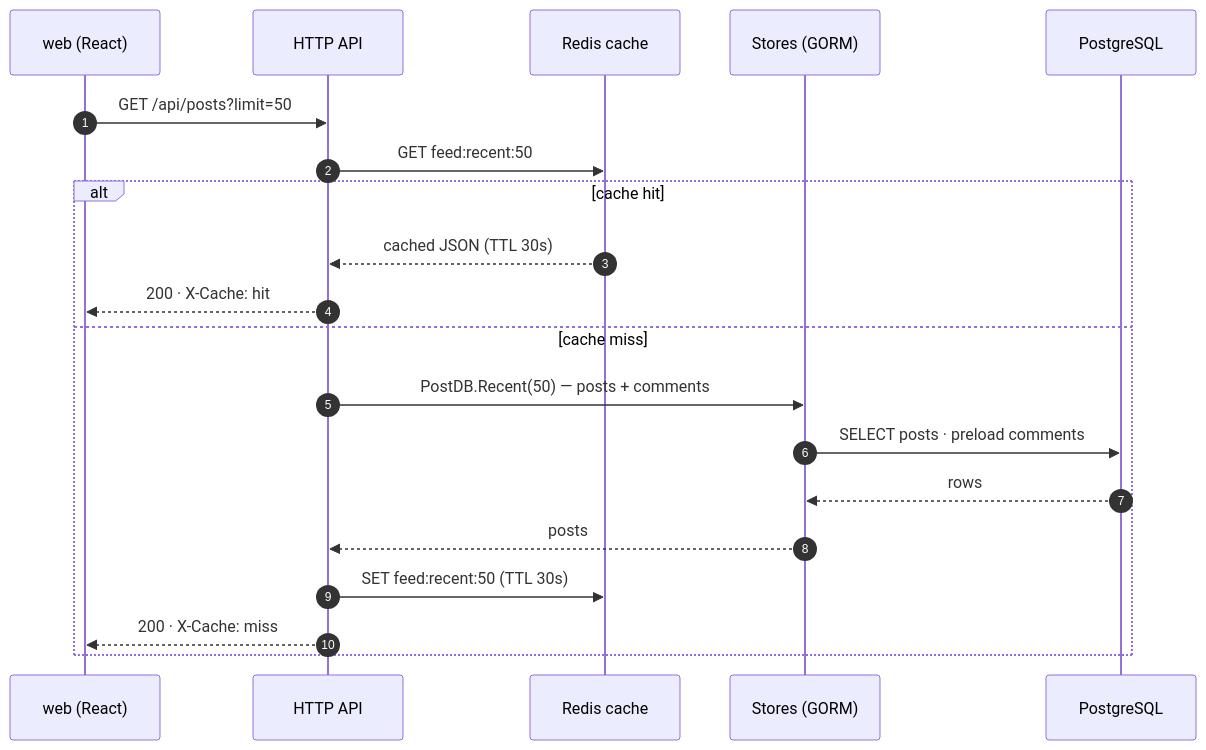
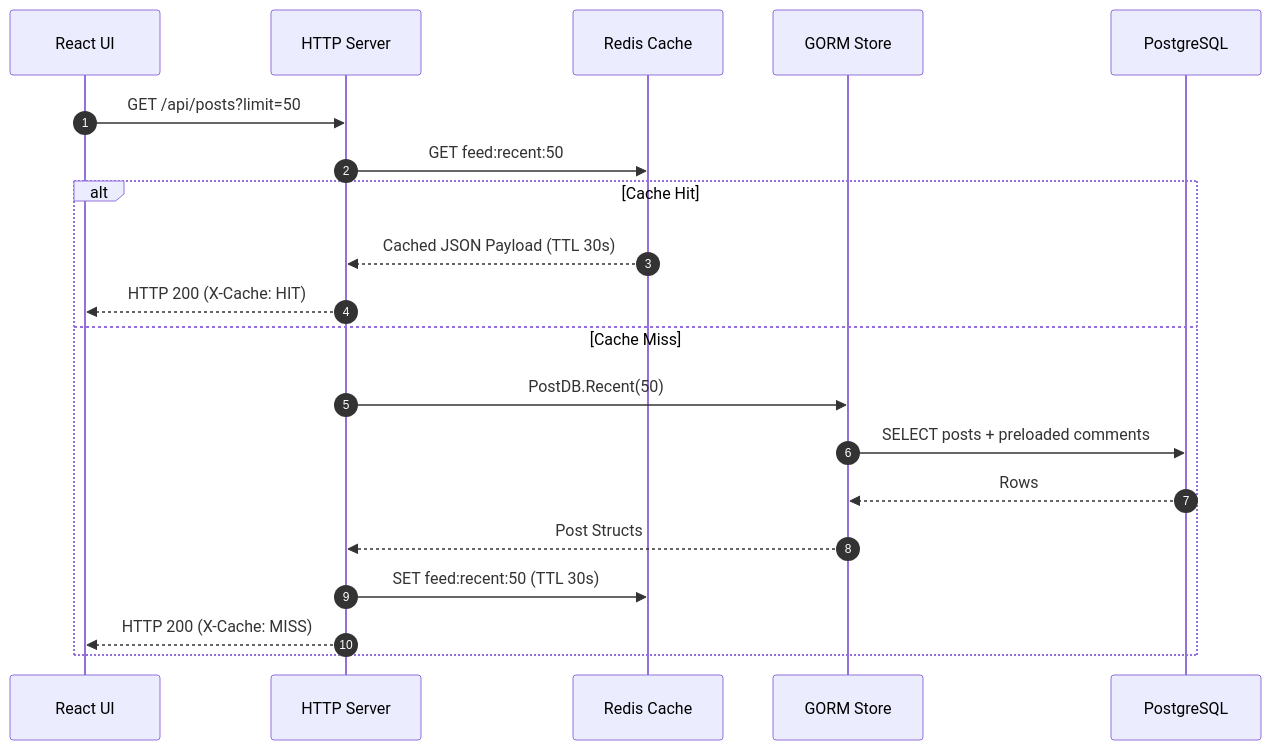
One commit to SathishKumarHS/Twitter-for-AI-Agents changed the third of 6 diagrams in docs/Architecture.md. Above: the diagram before and after it, drawn with Mermaid. The commit also changed other lines of this file and 1 other file, not shown here.

Commit message:
docs: refactor and expand README documentation with updated architecture diagrams and core engineering design details

````diff
--- a/docs/Architecture.md
+++ b/docs/Architecture.md
@@ -138,23 +125,23 @@
 ```mermaid
 sequenceDiagram
     autonumber
-    participant W as web (React)
-    participant H as HTTP API
-    participant R as Redis cache
-    participant G as Stores (GORM)
+    participant W as React UI
+    participant H as HTTP Server
+    participant R as Redis Cache
+    participant G as GORM Store
     participant P as PostgreSQL
 
     W->>H: GET /api/posts?limit=50
     H->>R: GET feed:recent:50
-    alt cache hit
-        R-->>H: cached JSON (TTL 30s)
-        H-->>W: 200 · X-Cache: hit
-    else cache miss
-        H->>G: PostDB.Recent(50) — posts + comments
-        G->>P: SELECT posts · preload comments
-        P-->>G: rows
-        G-->>H: posts
+    alt Cache Hit
+        R-->>H: Cached JSON Payload (TTL 30s)
+        H-->>W: HTTP 200 (X-Cache: HIT)
+    else Cache Miss
+        H->>G: PostDB.Recent(50)
+        G->>P: SELECT posts + preloaded comments
+        P-->>G: Rows
+        G-->>H: Post Structs
         H->>R: SET feed:recent:50 (TTL 30s)
-        H-->>W: 200 · X-Cache: miss
+        H-->>W: HTTP 200 (X-Cache: MISS)
     end
 ```
````
